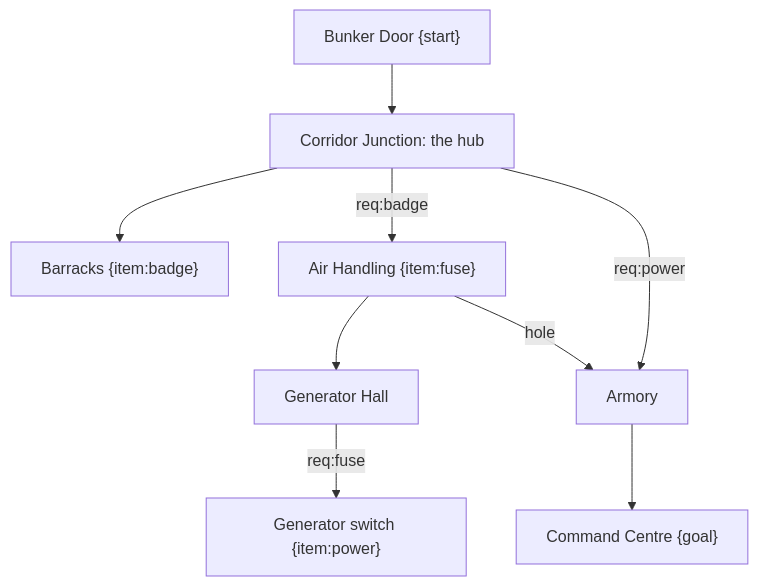
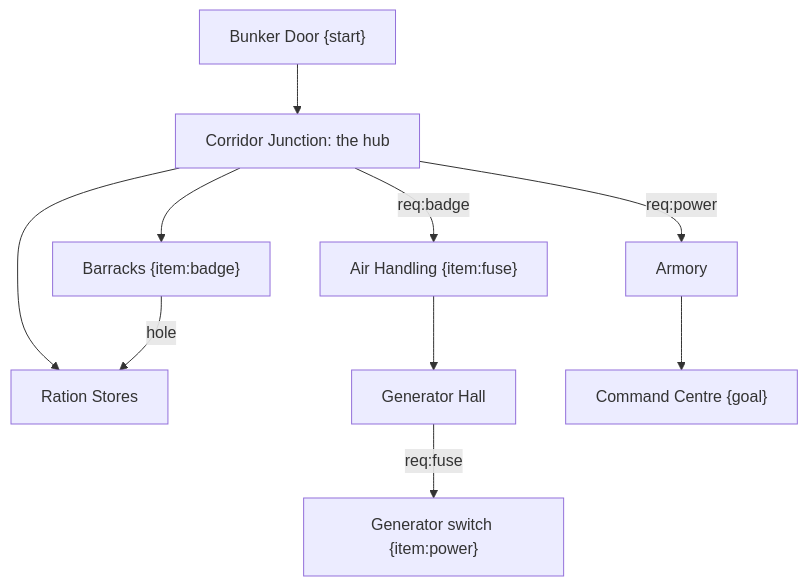
Before and after one commit to grimmylock/agora-vai-action: the diagram in ArtSource/plans/dungeons/underground_bunker.mmd, drawn with Mermaid. The commit also changed 16 other files, not shown here.

First line of the commit message:
Dungeon redo: Maintenance Tunnels, Underground Bunker; fix N landmark marks (cave niche, mine gallery)

```diff
--- a/ArtSource/plans/dungeons/underground_bunker.mmd
+++ b/ArtSource/plans/dungeons/underground_bunker.mmd
@@ -1,12 +1,13 @@
-%% Underground Bunker. Theme: command bunker. Locks: BADGE, POWER, BLAST (the final door opens when two reactors' worth of power is on: power from the generator, reached through the air handling). Loop: a duct air handling<->armory.
+%% Underground Bunker. Theme: command bunker. Locks: BADGE, POWER, BLAST (the final door opens when two reactors' worth of power is on: power from the generator, reached through the air handling). Loop: a duct barracks<->ration stores (2026-11-11: it was air handling<->armory, which walked round the power door).
 %% start: E
 %% goal: Cc
 flowchart TD
   E["Bunker Door {start}"] --> Hl["Corridor Junction: the hub"]
   Hl --> Bk["Barracks {item:badge}"]
+  Hl --> Rs["Ration Stores"]
   Hl -->|req:badge| Ah["Air Handling {item:fuse}"]
   Ah --> Gn["Generator Hall"]
   Gn -->|req:fuse| Sw["Generator switch {item:power}"]
   Hl -->|req:power| Ar["Armory"]
   Ar --> Cc["Command Centre {goal}"]
-  Ah -->|hole| Ar
+  Bk -->|hole| Rs
```
